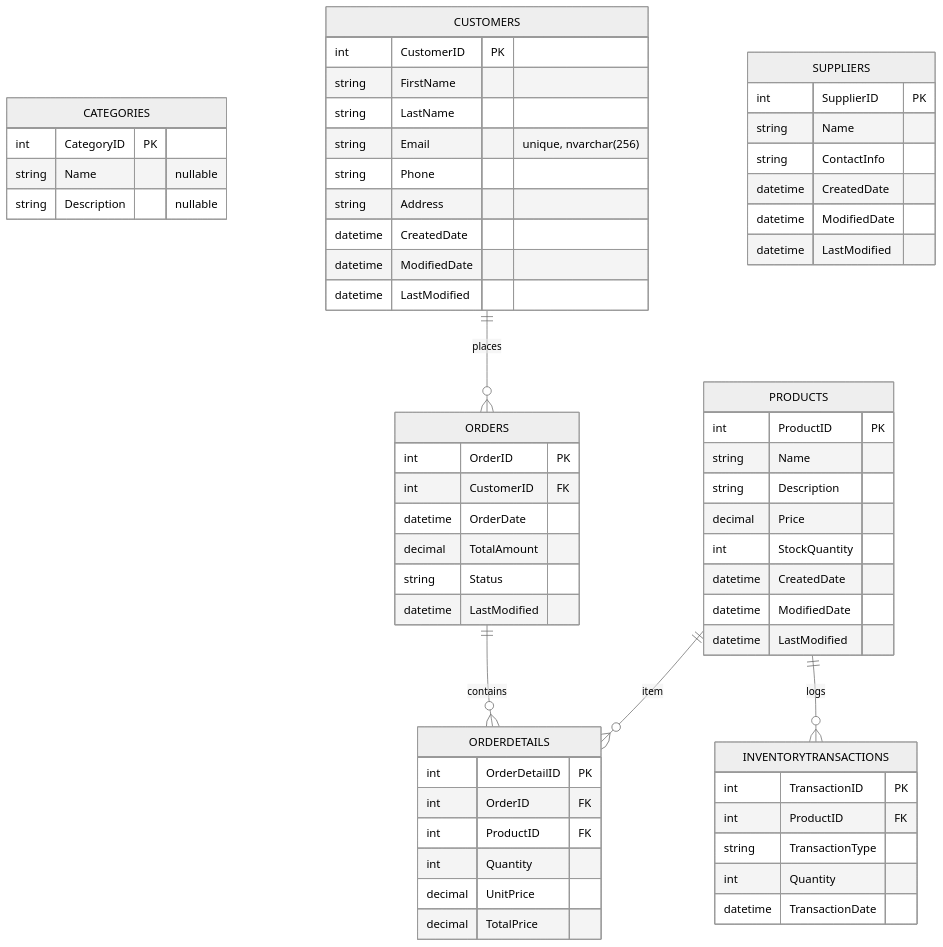
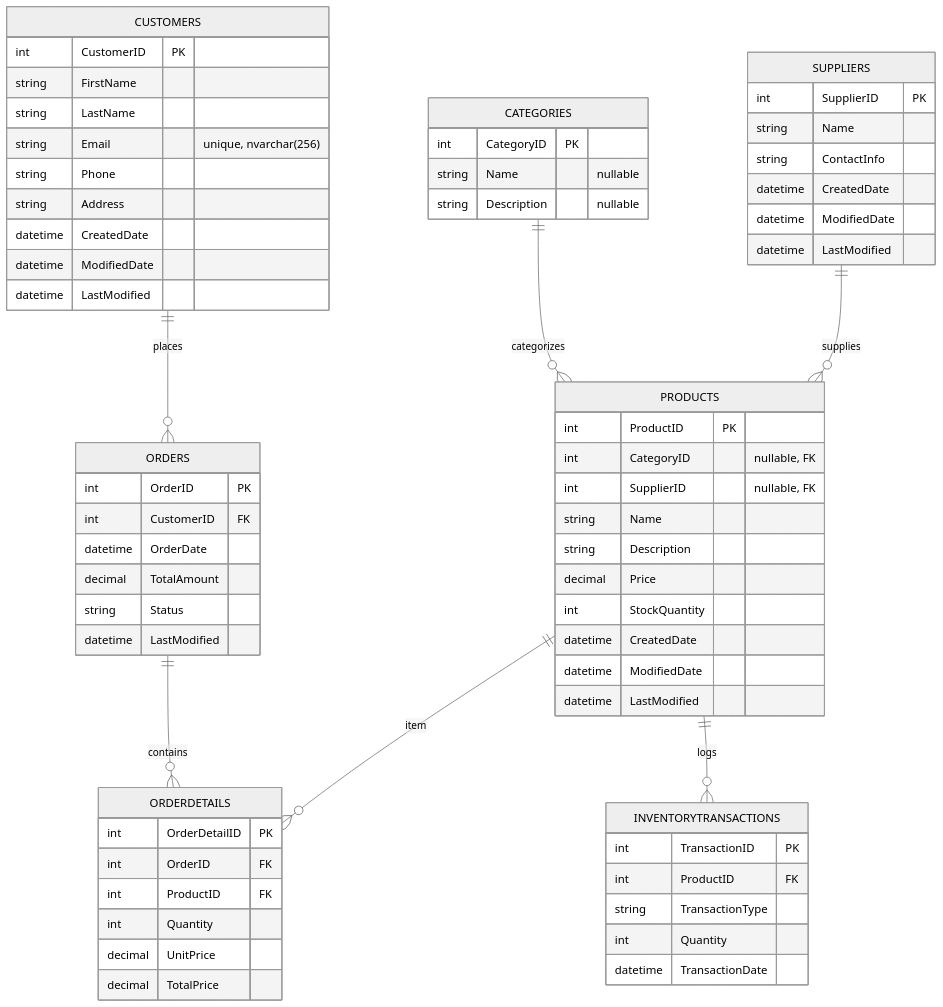
One commit to boakang/Inventory_OrderSyncManagementSystem_backend changed the diagram in Database/ERD.md. Above: the diagram before and after it, drawn with Mermaid (neutral theme). The commit also changed other lines of this file and 20 other files, not shown here.

````diff
--- a/Database/ERD.md
+++ b/Database/ERD.md
@@ -17,72 +21,77 @@
 ```mermaid
 erDiagram
     CATEGORIES {
         int CategoryID PK
         string Name "nullable"
         string Description "nullable"
     }
 
     CUSTOMERS {
         int CustomerID PK
         string FirstName
         string LastName
         string Email "unique, nvarchar(256)"
         string Phone
         string Address
         datetime CreatedDate
         datetime ModifiedDate
         datetime LastModified
     }
 
     SUPPLIERS {
         int SupplierID PK
         string Name
         string ContactInfo
         datetime CreatedDate
         datetime ModifiedDate
         datetime LastModified
     }
 
     PRODUCTS {
         int ProductID PK
+        int CategoryID "nullable, FK"
+        int SupplierID "nullable, FK"
         string Name
         string Description
         decimal Price
         int StockQuantity
         datetime CreatedDate
         datetime ModifiedDate
         datetime LastModified
     }
 
     ORDERS {
         int OrderID PK
         int CustomerID FK
         datetime OrderDate
         decimal TotalAmount
         string Status
         datetime LastModified
     }
 
     ORDERDETAILS {
         int OrderDetailID PK
         int OrderID FK
         int ProductID FK
         int Quantity
         decimal UnitPrice
         decimal TotalPrice
     }
 
     INVENTORYTRANSACTIONS {
         int TransactionID PK
         int ProductID FK
         string TransactionType
         int Quantity
         datetime TransactionDate
     }
 
     ORDERS ||--o{ ORDERDETAILS : contains
 
     CUSTOMERS ||--o{ ORDERS : places
     PRODUCTS ||--o{ ORDERDETAILS : item
     PRODUCTS ||--o{ INVENTORYTRANSACTIONS : logs
+
+    CATEGORIES ||--o{ PRODUCTS : categorizes
+    SUPPLIERS ||--o{ PRODUCTS : supplies
 ```
````
